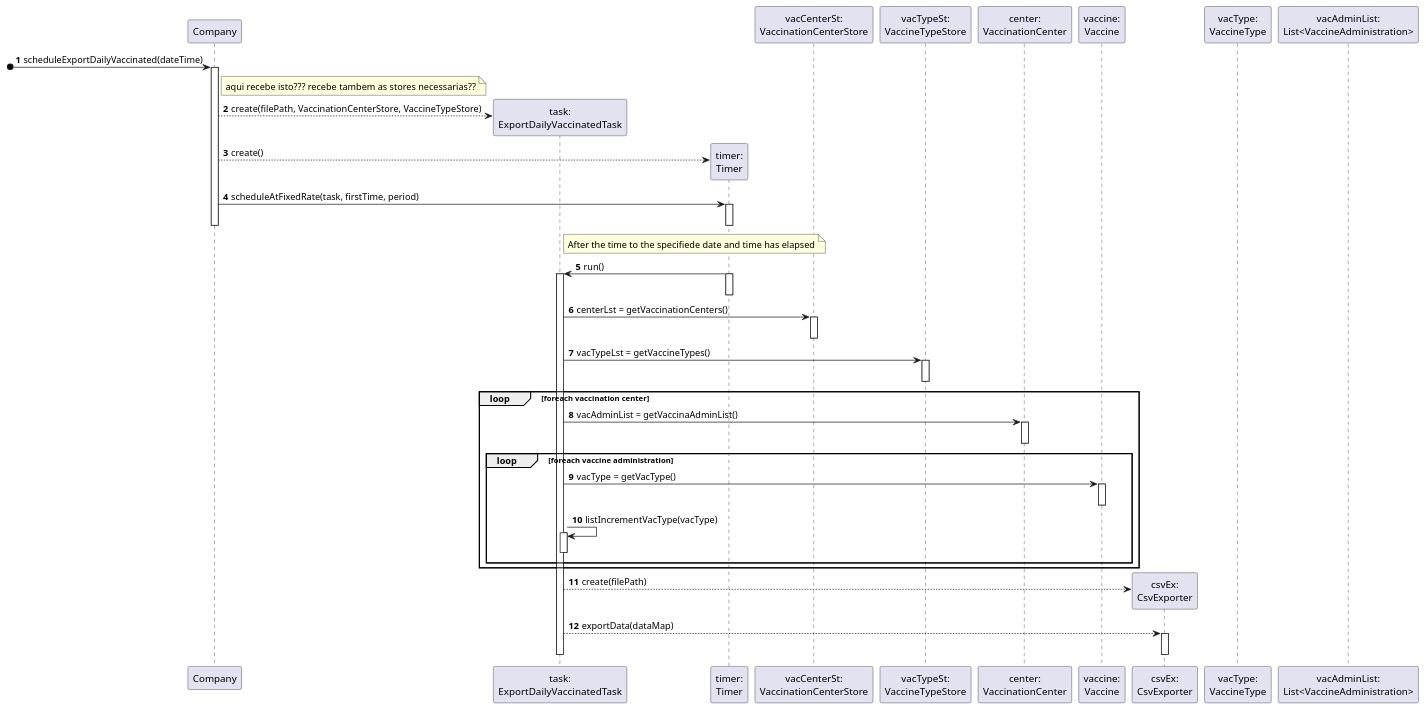
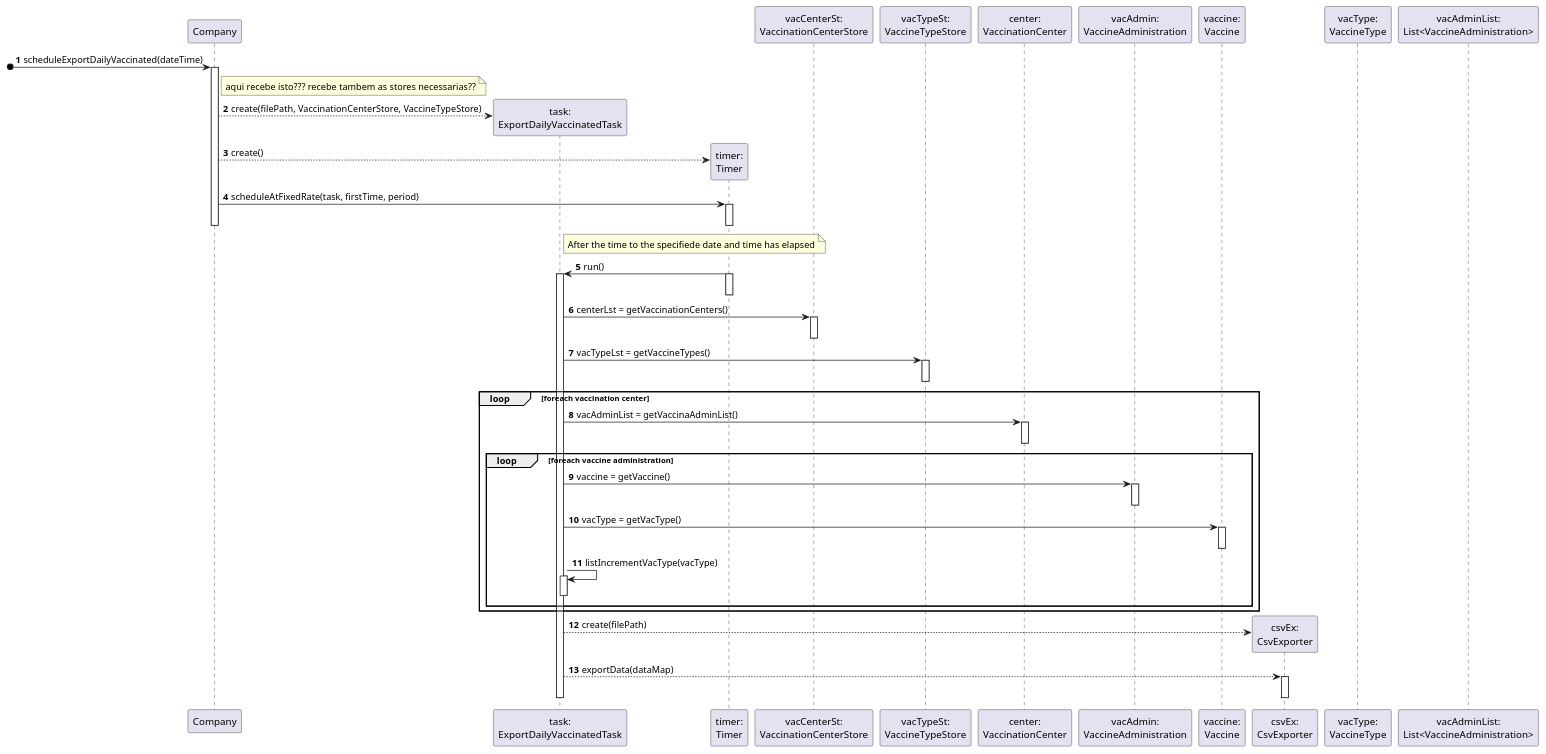
The diagram in docs/SprintD/US06/SD/US06_SD.puml (miseEnPlace-i/lapr2), drawn with PlantUML before and after one commit. The commit also changed 1 other file, not shown here.

```diff
--- a/docs/SprintD/US06/SD/US06_SD.puml
+++ b/docs/SprintD/US06/SD/US06_SD.puml
@@ -1,76 +1,81 @@
 @startuml
 autonumber
 'hide footbox
 
 participant "Company" as COMP
 participant "task:\nExportDailyVaccinatedTask" as TASK
 participant "timer:\nTimer" as TIMER
 participant "vacCenterSt:\nVaccinationCenterStore" as VCST
 participant "vacTypeSt:\nVaccineTypeStore" as VTST
 participant "center:\nVaccinationCenter" as CENTER
+participant "vacAdmin:\nVaccineAdministration" as VACADMIN
 participant "vaccine:\nVaccine" as VAC
 participant "csvEx:\nCsvExporter" as CSVEX
 participant "vacType:\nVaccineType" as VACTYPE
 participant "vacAdminList:\nList<VaccineAdministration>" as VALST
-
+participant "dataMap:\nHashMap<VaccinationCenter,HashMap<VaccineType,Int>>" as VALST
 
 
     [o-> COMP : scheduleExportDailyVaccinated(dateTime)
     activate COMP
 
         note right of COMP
             aqui recebe isto??? recebe tambem as stores necessarias??
         end note 
         COMP --> TASK ** : create(filePath, VaccinationCenterStore, VaccineTypeStore)
 
         COMP --> TIMER ** : create()
 
         COMP -> TIMER : scheduleAtFixedRate(task, firstTime, period)
         activate TIMER
         deactivate TIMER
 
         note right TASK 
             After the time to the specifiede date and time has elapsed
         end note 
         
     deactivate COMP
 
         TIMER -> TASK : run()
         activate TIMER
         deactivate TIMER
         activate TASK
             TASK -> VCST : centerLst = getVaccinationCenters()
             activate VCST
             deactivate VCST
 
             TASK -> VTST : vacTypeLst = getVaccineTypes()
             activate VTST
             deactivate VTST
 
             loop foreach vaccination center
                 TASK -> CENTER : vacAdminList = getVaccinaAdminList()
                 activate CENTER
                 deactivate CENTER
 
                 loop foreach vaccine administration
+                    TASK -> VACADMIN : vaccine = getVaccine()
+                    activate VACADMIN
+                    deactivate VACADMIN
+
                     TASK -> VAC : vacType = getVacType()
                     activate VAC
                     deactivate VAC
 
                     TASK -> TASK : listIncrementVacType(vacType)
                     activate TASK
                     deactivate TASK
                 end
             end
 
             TASK --> CSVEX ** : create(filePath)
             TASK --> CSVEX : exportData(dataMap)
             activate CSVEX
             deactivate CSVEX
 
         deactivate TASK
 
 
 
 
 @enduml 
```
